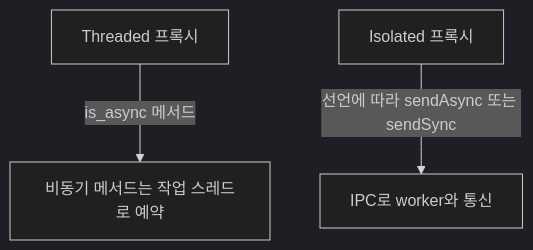
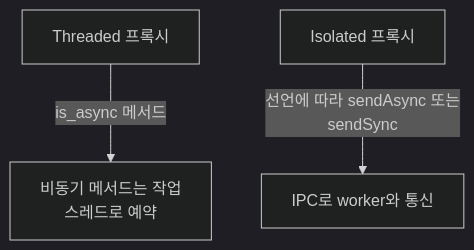
The second of 3 diagrams in docs/ipa.md (TTolsun/libcamera-sdd), drawn with Mermaid (dark theme) before and after one commit. The commit also changed other lines of this file and 125 other files, not shown here.

````diff
--- a/docs/ipa.md
+++ b/docs/ipa.md
@@ -96,10 +107,10 @@
 ```mermaid
 flowchart TB
-%% sdd:translations {"IPC로 worker와 통신": "Communicate with worker over IPC", "Isolated 프록시": "Isolated proxy", "Threaded 프록시": "Threaded proxy", "is_async 메서드": "is_async methods", "비동기 메서드는 작업 스레드로 예약": "Queue asynchronous methods to worker thread", "선언에 따라 sendAsync 또는 sendSync": "sendAsync or sendSync per declaration"}
+%% sdd:translations {"IPC로 worker와 통신": "Communicate with worker <br/>over IPC", "Isolated 프록시": "Isolated proxy", "Threaded 프록시": "Threaded proxy", "is_async 메서드": "is_async methods", "비동기 메서드는 작업 <br/>스레드로 예약": "Queue asynchronous methods <br/>to worker thread", "선언에 따라 sendAsync 또는 <br/>sendSync": "sendAsync or sendSync per <br/>declaration"}
   v_threaded["Threaded 프록시"]
-  v_thread["비동기 메서드는 작업 스레드로 예약"]
+  v_thread["비동기 메서드는 작업 <br/>스레드로 예약"]
   v_isolated["Isolated 프록시"]
   v_ipc["IPC로 worker와 통신"]
   v_threaded -->|"is_async 메서드"| v_thread
-  v_isolated -->|"선언에 따라 sendAsync 또는 sendSync"| v_ipc
+  v_isolated -->|"선언에 따라 sendAsync 또는 <br/>sendSync"| v_ipc
 ```
````
